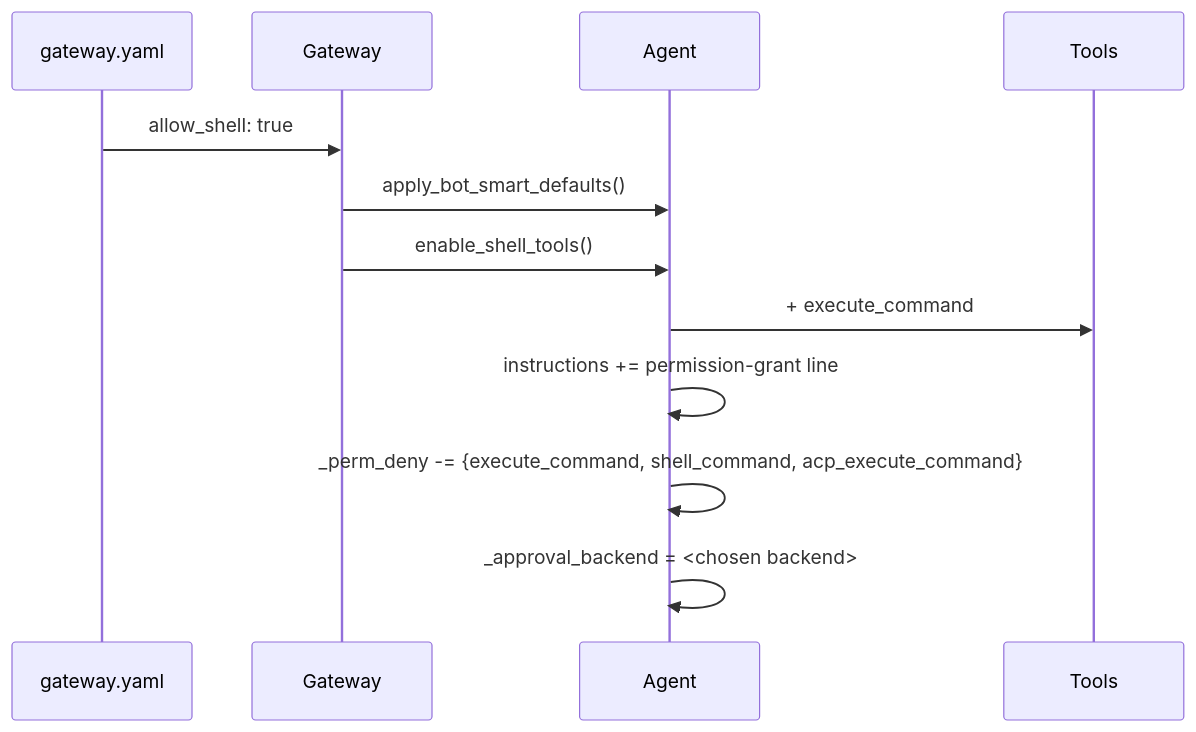
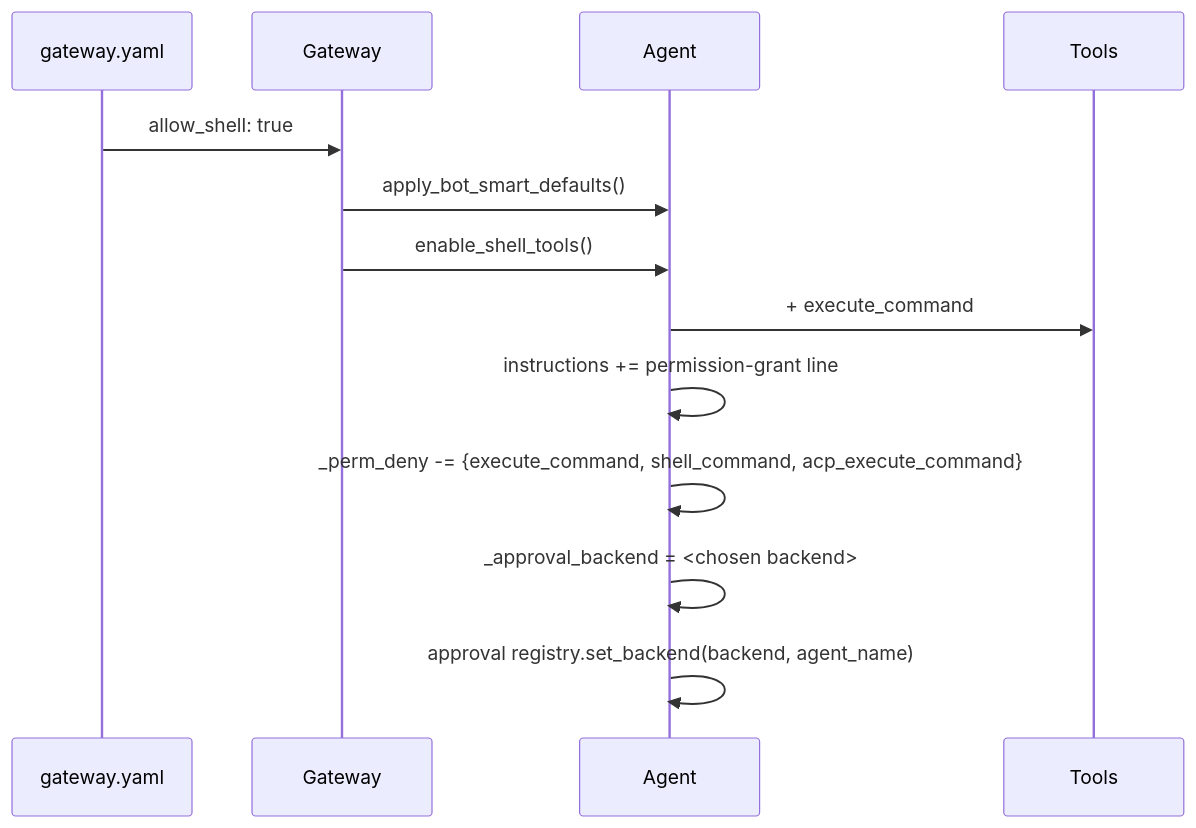
One commit to MervinPraison/PraisonAIDocs changed the fifth of 5 diagrams in docs/features/bot-shell-execution.mdx. Above: the diagram before and after it, drawn with Mermaid. The commit also changed other lines of this file and 6 other files, not shown here.

````diff
--- a/docs/features/bot-shell-execution.mdx
+++ b/docs/features/bot-shell-execution.mdx
@@ -224,15 +230,16 @@
 ```mermaid
 sequenceDiagram
     participant YAML as gateway.yaml
     participant GW as Gateway
     participant Agent
     participant Tools
 
     YAML->>GW: allow_shell: true
     GW->>Agent: apply_bot_smart_defaults()
     GW->>Agent: enable_shell_tools()
     Agent->>Tools: + execute_command
     Agent->>Agent: instructions += permission-grant line
     Agent->>Agent: _perm_deny -= {execute_command, shell_command, acp_execute_command}
     Agent->>Agent: _approval_backend = <chosen backend>
+    Agent->>Agent: approval registry.set_backend(backend, agent_name)
 ```
````
